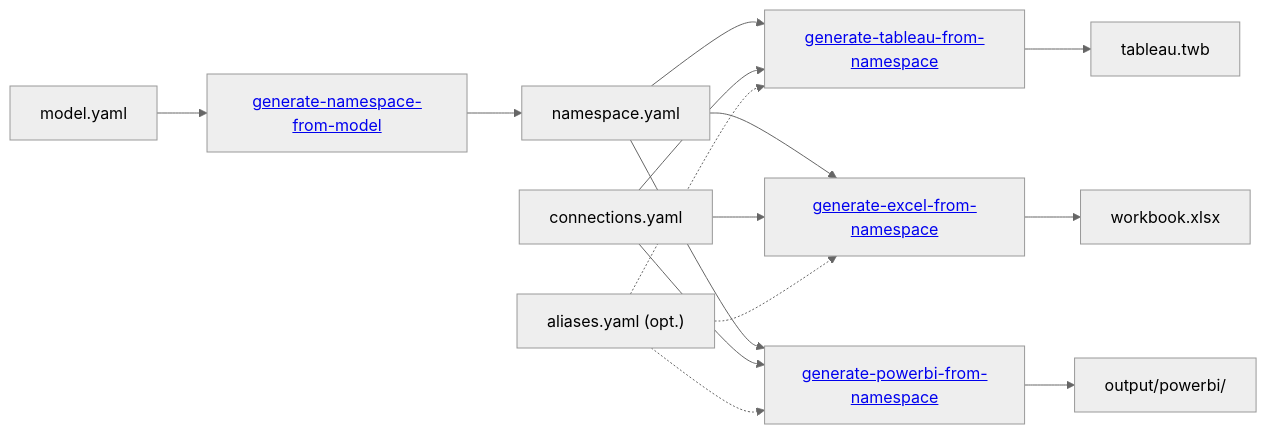
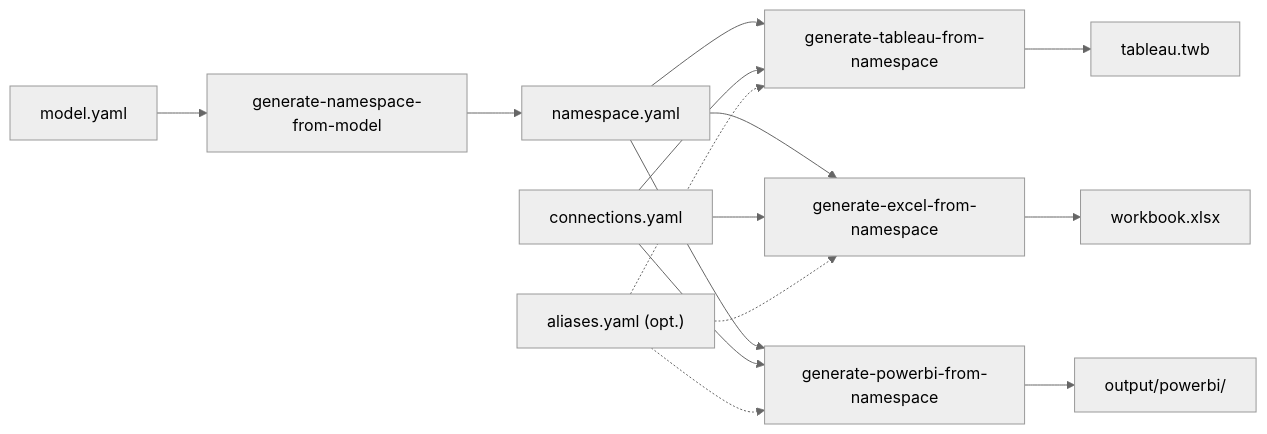
Before and after one commit to AtScaleInc/ps-utils: the fourth of 7 diagrams in docs/ACTIONS.md, drawn with Mermaid (neutral theme). The commit also changed other lines of this file and 1 other file, not shown here.

Commit message:
fix: remove HTML links from mermaid diagrams in README and ACTIONS documentation

````diff
--- a/docs/ACTIONS.md
+++ b/docs/ACTIONS.md
@@ -52,10 +49,9 @@
 ```mermaid
-%%{init: {"flowchart": {"htmlLabels": true}} }%%
 flowchart LR
-    MODEL["model.yaml"] --> A["<a href='#generate-namespace-from-model'>generate-namespace-from-model</a>"] --> NS["namespace.yaml"]
-    NS --> B["<a href='#generate-tableau-from-namespace'>generate-tableau-from-namespace</a>"] --> TWB["tableau.twb"]
-    NS --> C["<a href='#generate-excel-from-namespace'>generate-excel-from-namespace</a>"] --> XLSX["workbook.xlsx"]
-    NS --> D["<a href='#generate-powerbi-from-namespace'>generate-powerbi-from-namespace</a>"] --> PBI["output/powerbi/"]
+    MODEL["model.yaml"] --> A["generate-namespace-from-model"] --> NS["namespace.yaml"]
+    NS --> B["generate-tableau-from-namespace"] --> TWB["tableau.twb"]
+    NS --> C["generate-excel-from-namespace"] --> XLSX["workbook.xlsx"]
+    NS --> D["generate-powerbi-from-namespace"] --> PBI["output/powerbi/"]
     CONN["connections.yaml"] --> B & C & D
     ALIASES["aliases.yaml (opt.)"] -.-> B & C & D
 ```
````
